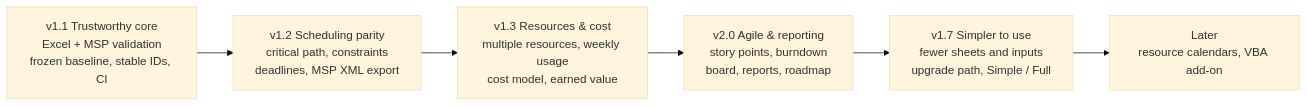
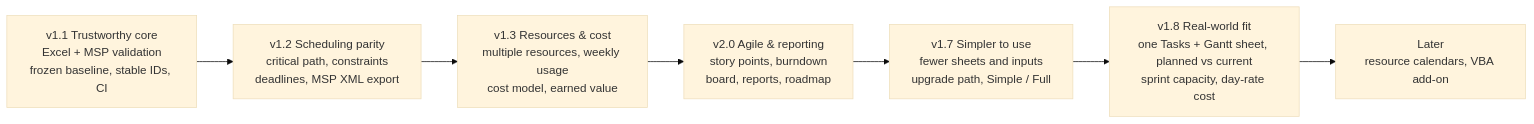
Before and after one commit to LoneWolfDen/excel-project-planner: the diagram in docs/BACKLOG.md, drawn with Mermaid (base theme). The commit also changed other lines of this file and 1 other file, not shown here.

First line of the commit message:
Backlog: E10 real-world fit (v1.8) from the owner's Excel review, with the agreed designs

````diff
--- a/docs/BACKLOG.md
+++ b/docs/BACKLOG.md
@@ -20,8 +20,9 @@
 ```mermaid
 flowchart LR
     A["v1.1 Trustworthy core<br/>Excel + MSP validation<br/>frozen baseline, stable IDs, CI"] --> B["v1.2 Scheduling parity<br/>critical path, constraints<br/>deadlines, MSP XML export"]
     B --> C["v1.3 Resources & cost<br/>multiple resources, weekly usage<br/>cost model, earned value"]
     C --> D["v2.0 Agile & reporting<br/>story points, burndown<br/>board, reports, roadmap"]
     D --> F["v1.7 Simpler to use<br/>fewer sheets and inputs<br/>upgrade path, Simple / Full"]
-    F --> E["Later<br/>resource calendars, VBA add-on"]
+    F --> G["v1.8 Real-world fit<br/>one Tasks + Gantt sheet, planned vs current<br/>sprint capacity, day-rate cost"]
+    G --> E["Later<br/>resource calendars, VBA add-on"]
 ```
````
